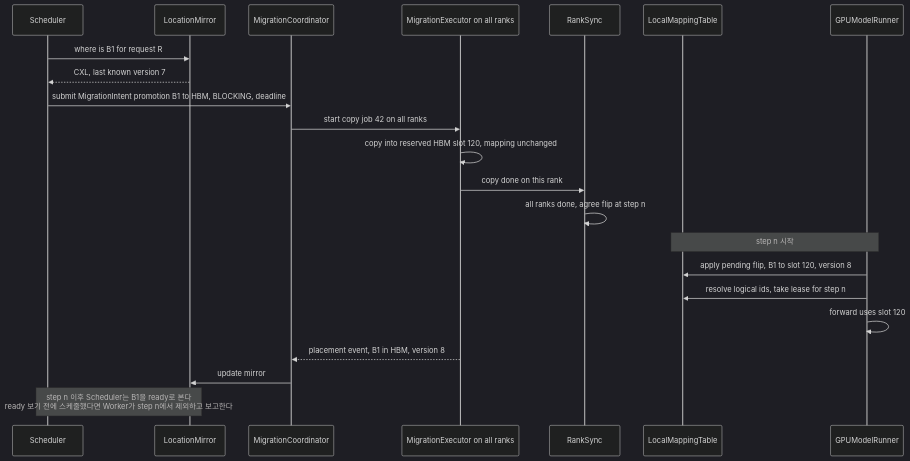
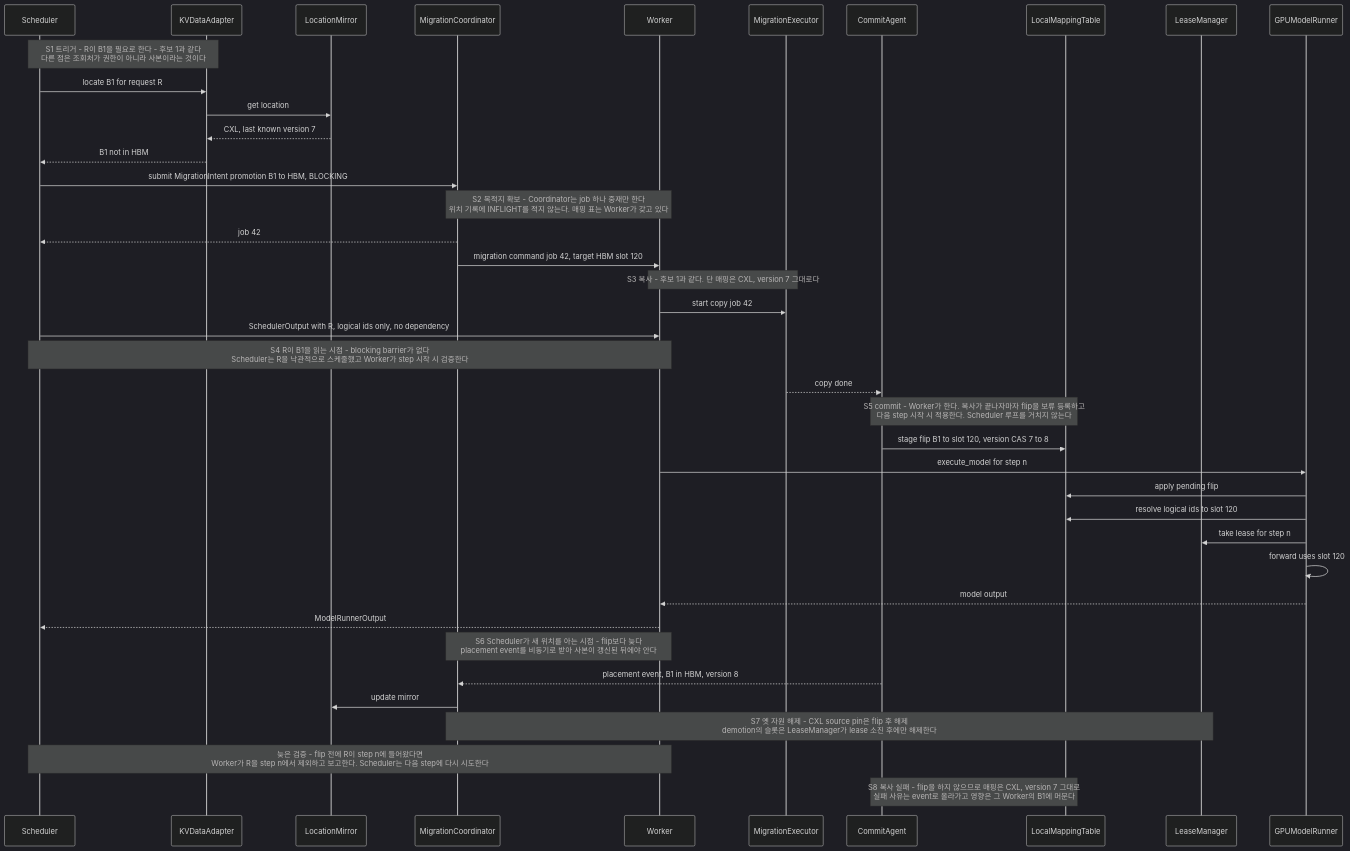
One commit to mkim0628/vllm changed the sixth of 6 diagrams in doc-mk/DP5/dp5-migration-execution-location-consistent-access.md. Above: the diagram before and after it, drawn with Mermaid (dark theme). The commit also changed other lines of this file, not shown here.

````diff
--- a/doc-mk/DP5/dp5-migration-execution-location-consistent-access.md
+++ b/doc-mk/DP5/dp5-migration-execution-location-consistent-access.md
@@ -316,25 +385,43 @@
 ```mermaid
 sequenceDiagram
     participant S as Scheduler
+    participant KV as KVDataAdapter
     participant LM as LocationMirror
     participant MC as MigrationCoordinator
-    participant EX as MigrationExecutor on all ranks
-    participant RS as RankSync
+    participant W as Worker
+    participant EX as MigrationExecutor
+    participant CA as CommitAgent
     participant MT as LocalMappingTable
+    participant LZ as LeaseManager
     participant MR as GPUModelRunner
 
-    S->>LM: where is B1 for request R
-    LM-->>S: CXL, last known version 7
-    S->>MC: submit MigrationIntent promotion B1 to HBM, BLOCKING, deadline
-    MC->>EX: start copy job 42 on all ranks
-    EX->>EX: copy into reserved HBM slot 120, mapping unchanged
-    EX->>RS: copy done on this rank
-    RS->>RS: all ranks done, agree flip at step n
-    Note over MR,MT: step n 시작
-    MR->>MT: apply pending flip, B1 to slot 120, version 8
-    MR->>MT: resolve logical ids, take lease for step n
+    Note over S,KV: S1 트리거 - R이 B1을 필요로 한다 - 후보 1과 같다<br/>다른 점은 조회처가 권한이 아니라 사본이라는 것이다
+    S->>KV: locate B1 for request R
+    KV->>LM: get location
+    LM-->>KV: CXL, last known version 7
+    KV-->>S: B1 not in HBM
+    S->>MC: submit MigrationIntent promotion B1 to HBM, BLOCKING
+    Note over MC,W: S2 목적지 확보 - Coordinator는 job 하나 중재만 한다<br/>위치 기록에 INFLIGHT를 적지 않는다. 매핑 표는 Worker가 갖고 있다
+    MC-->>S: job 42
+    MC->>W: migration command job 42, target HBM slot 120
+    Note over W,EX: S3 복사 - 후보 1과 같다. 단 매핑은 CXL, version 7 그대로다
+    W->>EX: start copy job 42
+    S->>W: SchedulerOutput with R, logical ids only, no dependency
+    Note over S,W: S4 R이 B1을 읽는 시점 - blocking barrier가 없다<br/>Scheduler는 R을 낙관적으로 스케줄했고 Worker가 step 시작 시 검증한다
+    EX-->>CA: copy done
+    Note over CA,MT: S5 commit - Worker가 한다. 복사가 끝나자마자 flip을 보류 등록하고<br/>다음 step 시작 시 적용한다. Scheduler 루프를 거치지 않는다
+    CA->>MT: stage flip B1 to slot 120, version CAS 7 to 8
+    W->>MR: execute_model for step n
+    MR->>MT: apply pending flip
+    MR->>MT: resolve logical ids to slot 120
+    MR->>LZ: take lease for step n
     MR->>MR: forward uses slot 120
-    EX-->>MC: placement event, B1 in HBM, version 8
+    MR-->>W: model output
+    W-->>S: ModelRunnerOutput
+    Note over W,MC: S6 Scheduler가 새 위치를 아는 시점 - flip보다 늦다<br/>placement event를 비동기로 받아 사본이 갱신된 뒤에야 안다
+    CA-->>MC: placement event, B1 in HBM, version 8
     MC->>LM: update mirror
-    Note over S,LM: step n 이후 Scheduler는 B1을 ready로 본다<br/>ready 보기 전에 스케줄했다면 Worker가 step n에서 제외하고 보고한다
+    Note over MC,LZ: S7 옛 자원 해제 - CXL source pin은 flip 후 해제<br/>demotion의 슬롯은 LeaseManager가 lease 소진 후에만 해제한다
+    Note over S,W: 늦은 검증 - flip 전에 R이 step n에 들어왔다면<br/>Worker가 R을 step n에서 제외하고 보고한다. Scheduler는 다음 step에 다시 시도한다
+    Note over CA,MT: S8 복사 실패 - flip을 하지 않으므로 매핑은 CXL, version 7 그대로<br/>실패 사유는 event로 올라가고 영향은 그 Worker의 B1에 머문다
 ```
````
